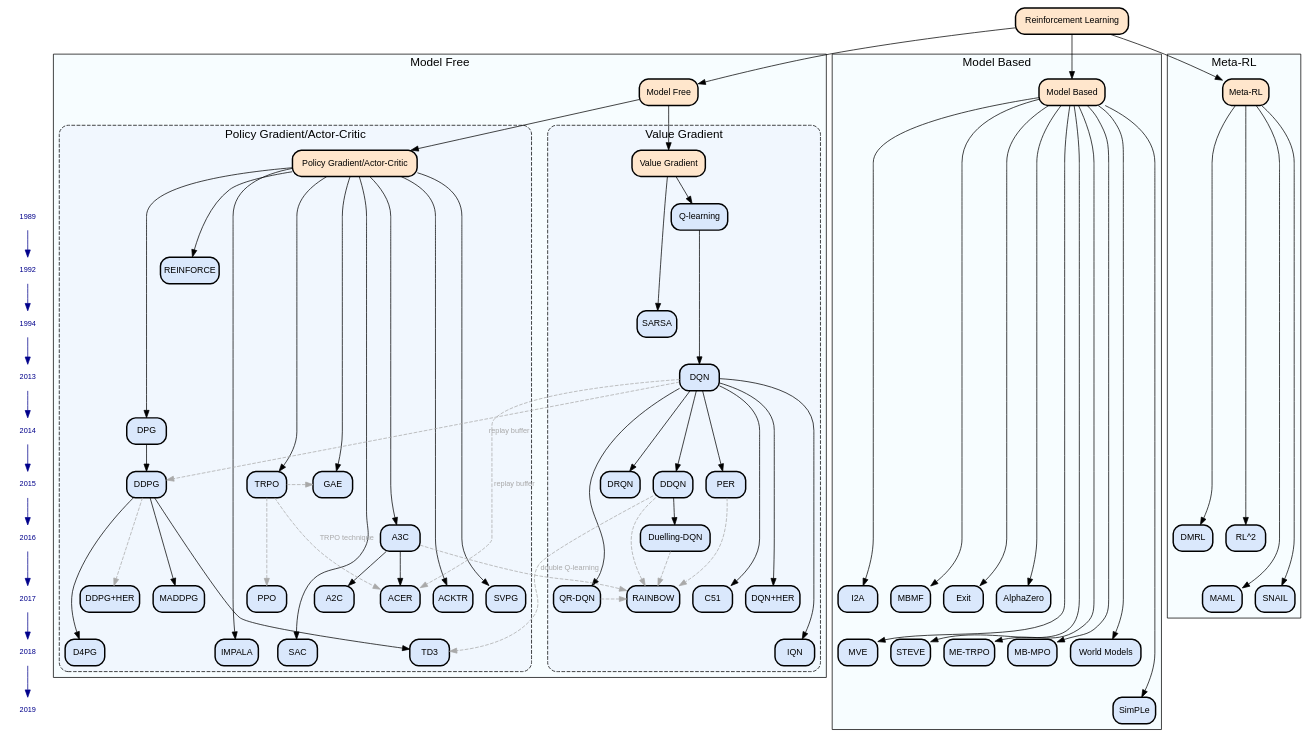
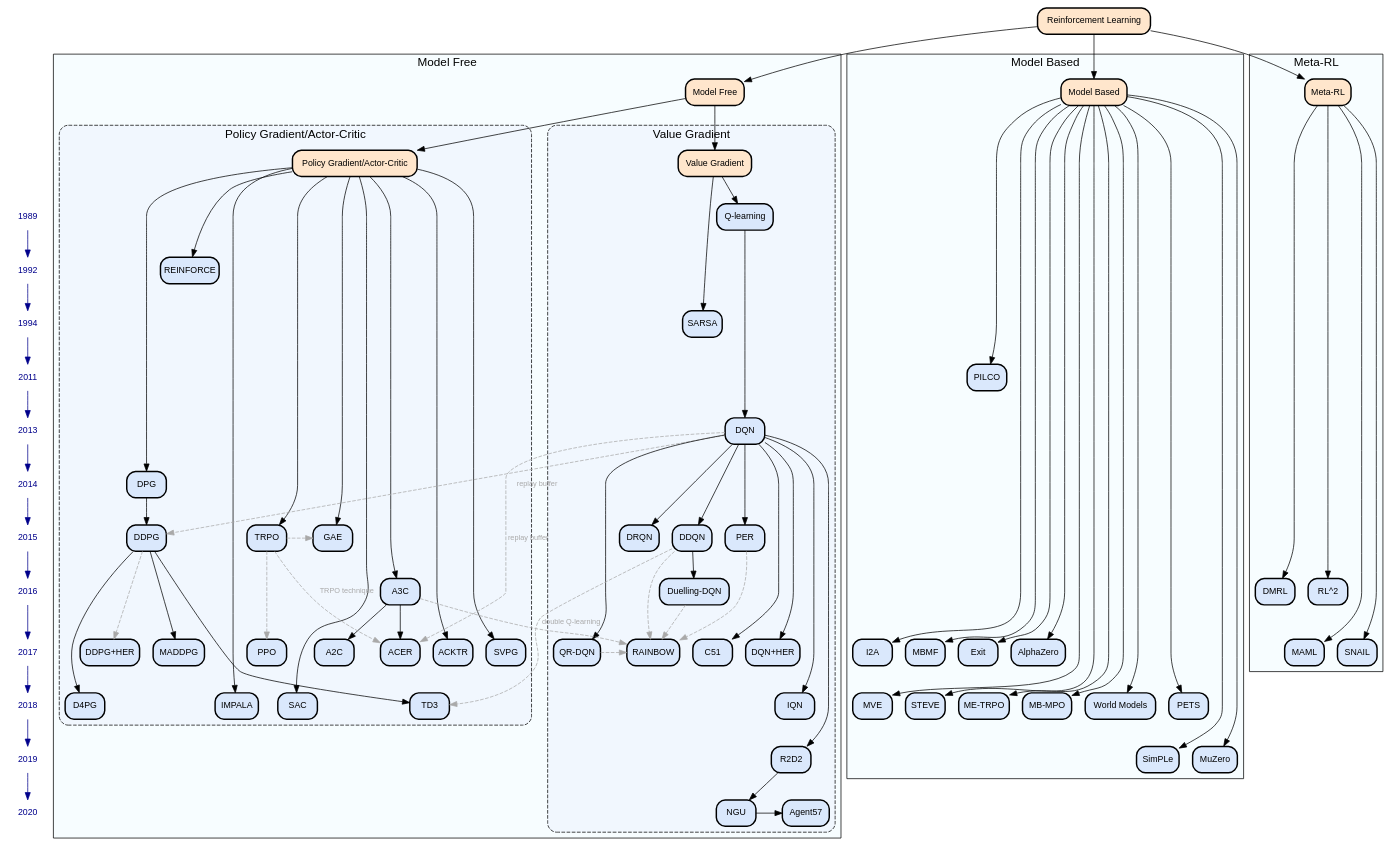
The diagram in rl-taxonomy.gv (bennylp/RL-Taxonomy), drawn with Graphviz before and after one commit. The commit also changed 3 other files, not shown here.

Commit message:
Added R2D2, NGU, Agent57, MuZero, PILCO, PETS

```diff
--- a/rl-taxonomy.gv
+++ b/rl-taxonomy.gv
@@ -3,25 +3,29 @@
 	rankdir=TB
 	newrank=true
 	subgraph timeline {
-		1989 [fontcolor=darkblue fontname="sans-serif" fontsize=10 group=timeline shape=plaintext]
-		1992 [fontcolor=darkblue fontname="sans-serif" fontsize=10 group=timeline shape=plaintext]
-		1994 [fontcolor=darkblue fontname="sans-serif" fontsize=10 group=timeline shape=plaintext]
-		2013 [fontcolor=darkblue fontname="sans-serif" fontsize=10 group=timeline shape=plaintext]
-		2014 [fontcolor=darkblue fontname="sans-serif" fontsize=10 group=timeline shape=plaintext]
-		2015 [fontcolor=darkblue fontname="sans-serif" fontsize=10 group=timeline shape=plaintext]
-		2016 [fontcolor=darkblue fontname="sans-serif" fontsize=10 group=timeline shape=plaintext]
-		2017 [fontcolor=darkblue fontname="sans-serif" fontsize=10 group=timeline shape=plaintext]
-		2018 [fontcolor=darkblue fontname="sans-serif" fontsize=10 group=timeline shape=plaintext]
-		2019 [fontcolor=darkblue fontname="sans-serif" fontsize=10 group=timeline shape=plaintext]
+		1989 [fontcolor=darkblue fontname="sans-serif" fontsize=12 group=timeline shape=plaintext]
+		1992 [fontcolor=darkblue fontname="sans-serif" fontsize=12 group=timeline shape=plaintext]
+		1994 [fontcolor=darkblue fontname="sans-serif" fontsize=12 group=timeline shape=plaintext]
+		2011 [fontcolor=darkblue fontname="sans-serif" fontsize=12 group=timeline shape=plaintext]
+		2013 [fontcolor=darkblue fontname="sans-serif" fontsize=12 group=timeline shape=plaintext]
+		2014 [fontcolor=darkblue fontname="sans-serif" fontsize=12 group=timeline shape=plaintext]
+		2015 [fontcolor=darkblue fontname="sans-serif" fontsize=12 group=timeline shape=plaintext]
+		2016 [fontcolor=darkblue fontname="sans-serif" fontsize=12 group=timeline shape=plaintext]
+		2017 [fontcolor=darkblue fontname="sans-serif" fontsize=12 group=timeline shape=plaintext]
+		2018 [fontcolor=darkblue fontname="sans-serif" fontsize=12 group=timeline shape=plaintext]
+		2019 [fontcolor=darkblue fontname="sans-serif" fontsize=12 group=timeline shape=plaintext]
+		2020 [fontcolor=darkblue fontname="sans-serif" fontsize=12 group=timeline shape=plaintext]
 		1989 -> 1992 [color=darkblue]
 		1992 -> 1994 [color=darkblue]
-		1994 -> 2013 [color=darkblue]
+		1994 -> 2011 [color=darkblue]
+		2011 -> 2013 [color=darkblue]
 		2013 -> 2014 [color=darkblue]
 		2014 -> 2015 [color=darkblue]
 		2015 -> 2016 [color=darkblue]
 		2016 -> 2017 [color=darkblue]
 		2017 -> 2018 [color=darkblue]
 		2018 -> 2019 [color=darkblue]
+		2019 -> 2020 [color=darkblue]
 	}
 	"Reinforcement Learning" [label="Reinforcement Learning" fillcolor="#ffe6cc" fontname="sans-serif" fontsize=12 shape=box style="rounded,bold,filled"]
 	"Model Free" -> "Value Gradient" [fontcolor=black fontname="sans-serif" fontsize=10]
@@ -57,6 +61,7 @@
 			DQN -> C51 [fontcolor=black fontname="sans-serif" fontsize=10]
 			DQN -> "DQN+HER" [fontcolor=black fontname="sans-serif" fontsize=10]
 			DQN -> IQN [fontcolor=black fontname="sans-serif" fontsize=10]
+			DQN -> R2D2 [fontcolor=black fontname="sans-serif" fontsize=10]
 			DRQN [label=DRQN fillcolor="#dae8fc" fontname="sans-serif" fontsize=12 shape=box style="rounded,bold,filled"]
 			DDQN [label=DDQN fillcolor="#dae8fc" fontname="sans-serif" fontsize=12 shape=box style="rounded,bold,filled"]
 			DDQN -> "Duelling-DQN" [fontcolor=black fontname="sans-serif" fontsize=10]
@@ -71,6 +76,11 @@
 			RAINBOW [label=RAINBOW fillcolor="#dae8fc" fontname="sans-serif" fontsize=12 shape=box style="rounded,bold,filled"]
 			"DQN+HER" [label="DQN+HER" fillcolor="#dae8fc" fontname="sans-serif" fontsize=12 shape=box style="rounded,bold,filled"]
 			IQN [label=IQN fillcolor="#dae8fc" fontname="sans-serif" fontsize=12 shape=box style="rounded,bold,filled"]
+			R2D2 [label=R2D2 fillcolor="#dae8fc" fontname="sans-serif" fontsize=12 shape=box style="rounded,bold,filled"]
+			R2D2 -> NGU [fontcolor=black fontname="sans-serif" fontsize=10]
+			NGU [label=NGU fillcolor="#dae8fc" fontname="sans-serif" fontsize=12 shape=box style="rounded,bold,filled"]
+			NGU -> Agent57 [fontcolor=black fontname="sans-serif" fontsize=10]
+			Agent57 [label=Agent57 fillcolor="#dae8fc" fontname="sans-serif" fontsize=12 shape=box style="rounded,bold,filled"]
 		}
 		subgraph "clusterPolicy Gradient/Actor-Critic" {
 			label="Policy Gradient/Actor-Critic"
@@ -129,6 +139,7 @@
 		fontsize=16
 		fillcolor="#f7fdff" style=filled
 		"Model Based" [label="Model Based" fillcolor="#ffe6cc" fontname="sans-serif" fontsize=12 shape=box style="rounded,bold,filled"]
+		"Model Based" -> PILCO [fontcolor=black fontname="sans-serif" fontsize=10 style=solid]
 		"Model Based" -> I2A [fontcolor=black fontname="sans-serif" fontsize=10 style=solid]
 		"Model Based" -> MBMF [fontcolor=black fontname="sans-serif" fontsize=10 style=solid]
 		"Model Based" -> Exit [fontcolor=black fontname="sans-serif" fontsize=10 style=solid]
@@ -138,7 +149,10 @@
 		"Model Based" -> "ME-TRPO" [fontcolor=black fontname="sans-serif" fontsize=10 style=solid]
 		"Model Based" -> "MB-MPO" [fontcolor=black fontname="sans-serif" fontsize=10 style=solid]
 		"Model Based" -> "World Models" [fontcolor=black fontname="sans-serif" fontsize=10 style=solid]
+		"Model Based" -> PETS [fontcolor=black fontname="sans-serif" fontsize=10 style=solid]
 		"Model Based" -> SimPLe [fontcolor=black fontname="sans-serif" fontsize=10 style=solid]
+		"Model Based" -> MuZero [fontcolor=black fontname="sans-serif" fontsize=10 style=solid]
+		PILCO [label=PILCO fillcolor="#dae8fc" fontname="sans-serif" fontsize=12 shape=box style="rounded,bold,filled"]
 		I2A [label=I2A fillcolor="#dae8fc" fontname="sans-serif" fontsize=12 shape=box style="rounded,bold,filled"]
 		MBMF [label=MBMF fillcolor="#dae8fc" fontname="sans-serif" fontsize=12 shape=box style="rounded,bold,filled"]
 		Exit [label=Exit fillcolor="#dae8fc" fontname="sans-serif" fontsize=12 shape=box style="rounded,bold,filled"]
@@ -148,7 +162,9 @@
 		"ME-TRPO" [label="ME-TRPO" fillcolor="#dae8fc" fontname="sans-serif" fontsize=12 shape=box style="rounded,bold,filled"]
 		"MB-MPO" [label="MB-MPO" fillcolor="#dae8fc" fontname="sans-serif" fontsize=12 shape=box style="rounded,bold,filled"]
 		"World Models" [label="World Models" fillcolor="#dae8fc" fontname="sans-serif" fontsize=12 shape=box style="rounded,bold,filled"]
+		PETS [label=PETS fillcolor="#dae8fc" fontname="sans-serif" fontsize=12 shape=box style="rounded,bold,filled"]
 		SimPLe [label=SimPLe fillcolor="#dae8fc" fontname="sans-serif" fontsize=12 shape=box style="rounded,bold,filled"]
+		MuZero [label=MuZero fillcolor="#dae8fc" fontname="sans-serif" fontsize=12 shape=box style="rounded,bold,filled"]
 	}
 	subgraph "clusterMeta-RL" {
 		label="Meta-RL"
@@ -183,6 +199,11 @@
 		rank=same
 		1994
 		SARSA
+	}
+	{
+		rank=same
+		2011
+		PILCO
 	}
 	{
 		rank=same
@@ -246,11 +267,20 @@
 		"ME-TRPO"
 		"MB-MPO"
 		"World Models"
+		PETS
 	}
 	{
 		rank=same
 		2019
+		R2D2
 		SimPLe
+		MuZero
+	}
+	{
+		rank=same
+		2020
+		NGU
+		Agent57
 	}
 	{
 		rank=same
```
